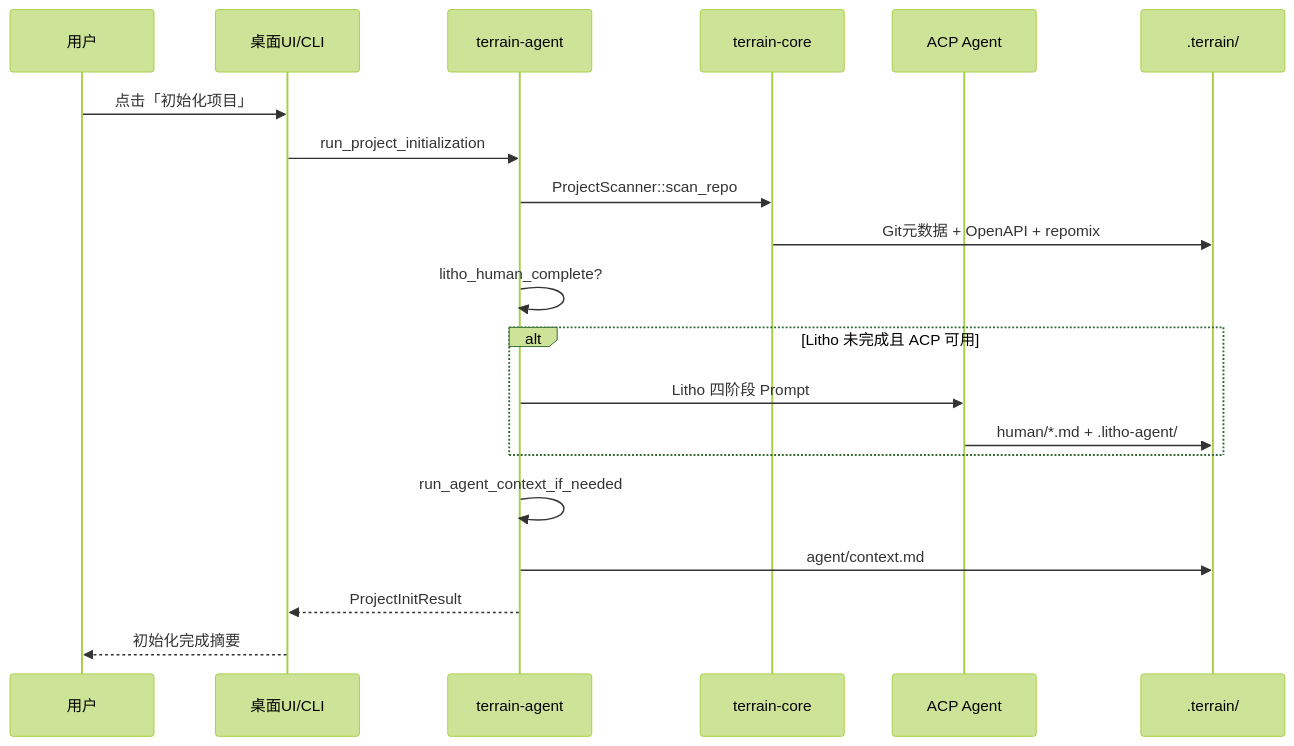
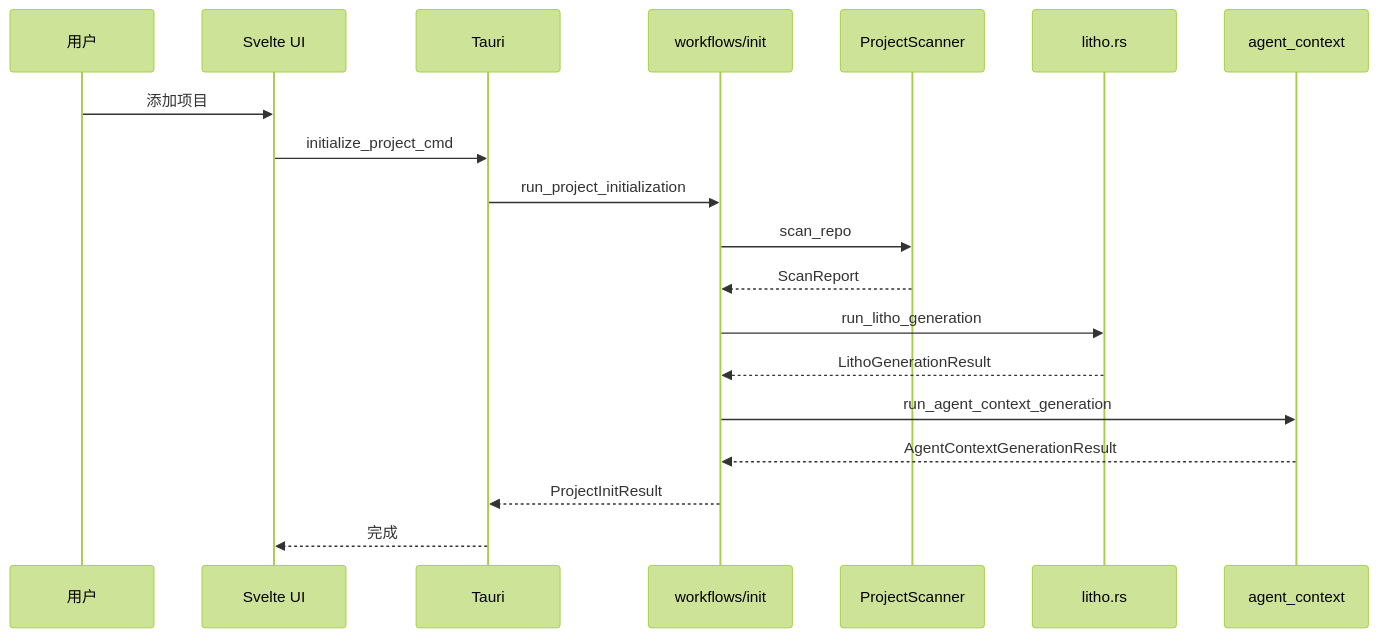
Before and after one commit to sopaco/terrain: the fifth of 6 diagrams in .terrain/human/2.架构.md, drawn with Mermaid (forest theme). The commit also changed other lines of this file and 79 other files, not shown here.

First line of the commit message:
Refactor: extract workflows, move types to core

````diff
--- a/.terrain/human/2.架构.md
+++ b/.terrain/human/2.架构.md
@@ -241,23 +159,22 @@
 ```mermaid
 sequenceDiagram
     participant User as 用户
-    participant UI as 桌面UI/CLI
-    participant Agent as terrain-agent
-    participant Core as terrain-core
-    participant ACP as ACP Agent
-    participant Disk as .terrain/
+    participant UI as Svelte UI
+    participant Tauri as Tauri
+    participant Init as workflows/init
+    participant Scanner as ProjectScanner
+    participant Litho as litho.rs
+    participant Context as agent_context
 
-    User->>UI: 点击「初始化项目」
-    UI->>Agent: run_project_initialization
-    Agent->>Core: ProjectScanner::scan_repo
-    Core->>Disk: Git元数据 + OpenAPI + repomix
-    Agent->>Agent: litho_human_complete?
-    alt Litho 未完成且 ACP 可用
-        Agent->>ACP: Litho 四阶段 Prompt
-        ACP->>Disk: human/*.md + .litho-agent/
-    end
-    Agent->>Agent: run_agent_context_if_needed
-    Agent->>Disk: agent/context.md
-    Agent-->>UI: ProjectInitResult
-    UI-->>User: 初始化完成摘要
+    User->>UI: 添加项目
+    UI->>Tauri: initialize_project_cmd
+    Tauri->>Init: run_project_initialization
+    Init->>Scanner: scan_repo
+    Scanner-->>Init: ScanReport
+    Init->>Litho: run_litho_generation
+    Litho-->>Init: LithoGenerationResult
+    Init->>Context: run_agent_context_generation
+    Context-->>Init: AgentContextGenerationResult
+    Init-->>Tauri: ProjectInitResult
+    Tauri-->>UI: 完成
 ```
````
